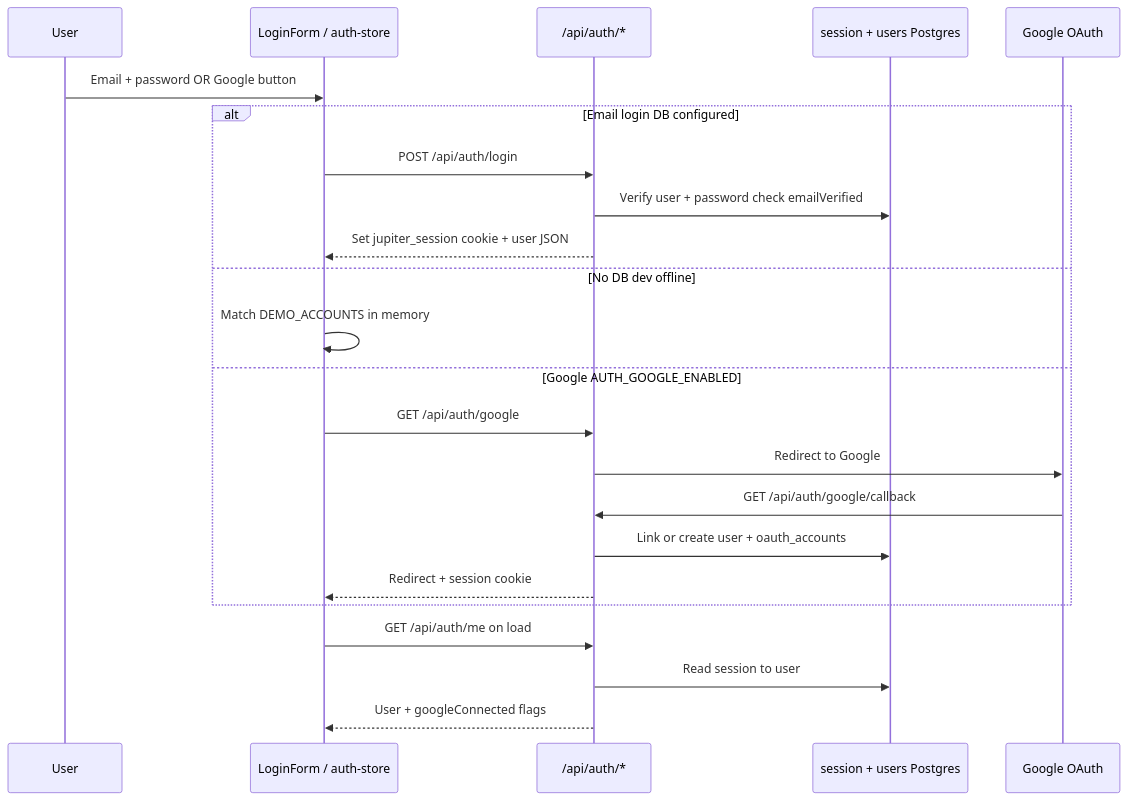
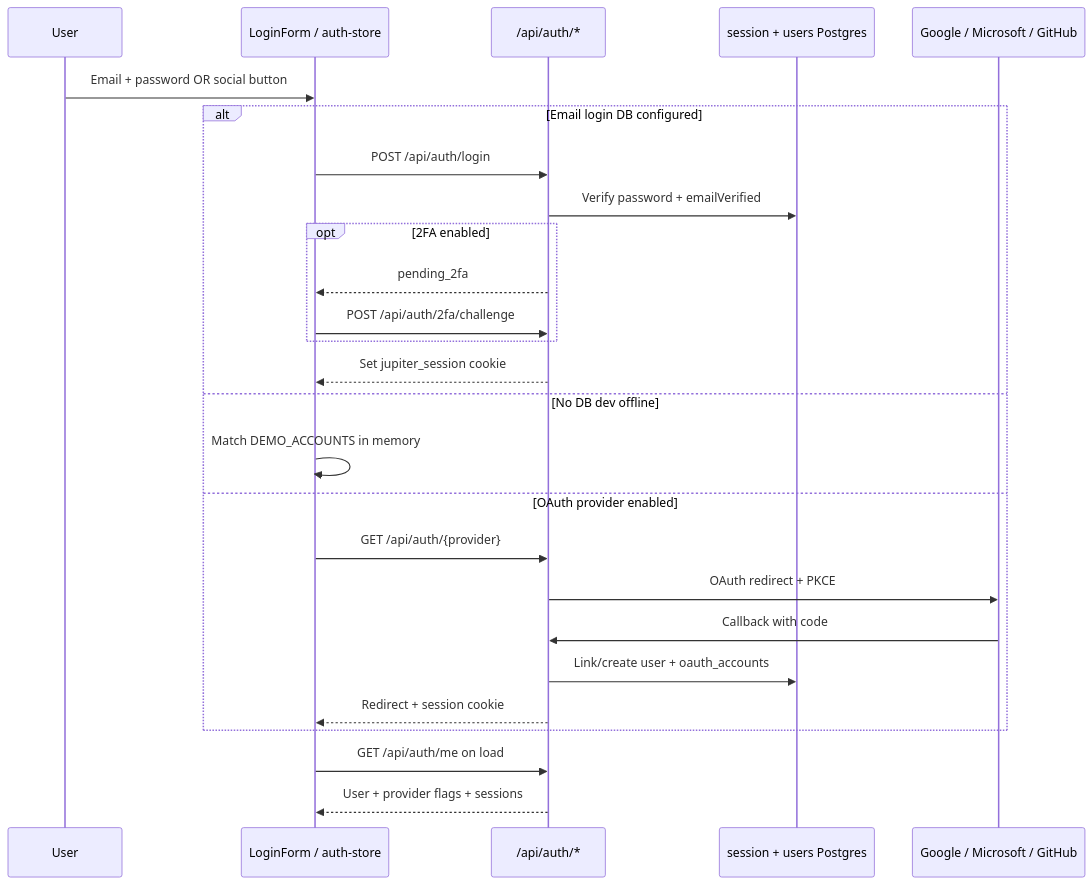
The fifth of 10 diagrams in docs/ARCHITECTURE.md (taiphan/jupiter), drawn with Mermaid before and after one commit. The commit also changed other lines of this file and 8 other files, not shown here.

````diff
--- a/docs/ARCHITECTURE.md
+++ b/docs/ARCHITECTURE.md
@@ -125,26 +260,29 @@
 ```mermaid
 sequenceDiagram
   participant U as User
   participant UI as LoginForm / auth-store
   participant API as /api/auth/*
   participant S as session + users Postgres
-  participant G as Google OAuth
+  participant IdP as Google / Microsoft / GitHub
 
-  U->>UI: Email + password OR Google button
+  U->>UI: Email + password OR social button
   alt Email login DB configured
     UI->>API: POST /api/auth/login
-    API->>S: Verify user + password check emailVerified
-    API-->>UI: Set jupiter_session cookie + user JSON
+    API->>S: Verify password + emailVerified
+    opt 2FA enabled
+      API-->>UI: pending_2fa
+      UI->>API: POST /api/auth/2fa/challenge
+    end
+    API-->>UI: Set jupiter_session cookie
   else No DB dev offline
     UI->>UI: Match DEMO_ACCOUNTS in memory
-  else Google AUTH_GOOGLE_ENABLED
-    UI->>API: GET /api/auth/google
-    API->>G: Redirect to Google
-    G->>API: GET /api/auth/google/callback
-    API->>S: Link or create user + oauth_accounts
+  else OAuth provider enabled
+    UI->>API: GET /api/auth/{provider}
+    API->>IdP: OAuth redirect + PKCE
+    IdP->>API: Callback with code
+    API->>S: Link/create user + oauth_accounts
     API-->>UI: Redirect + session cookie
   end
   UI->>API: GET /api/auth/me on load
-  API->>S: Read session to user
-  API-->>UI: User + googleConnected flags
+  API-->>UI: User + provider flags + sessions
 ```
````
